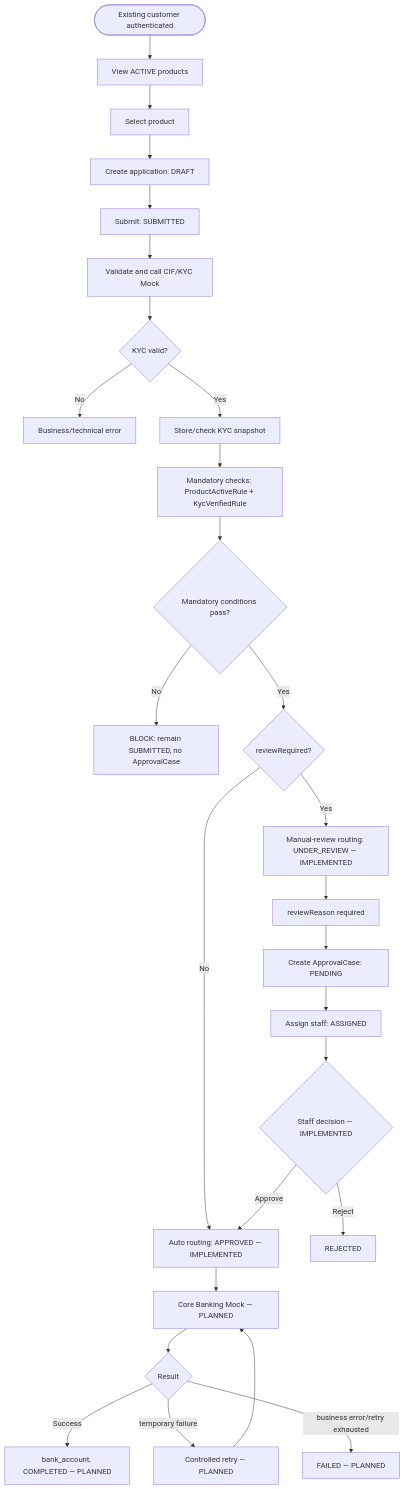
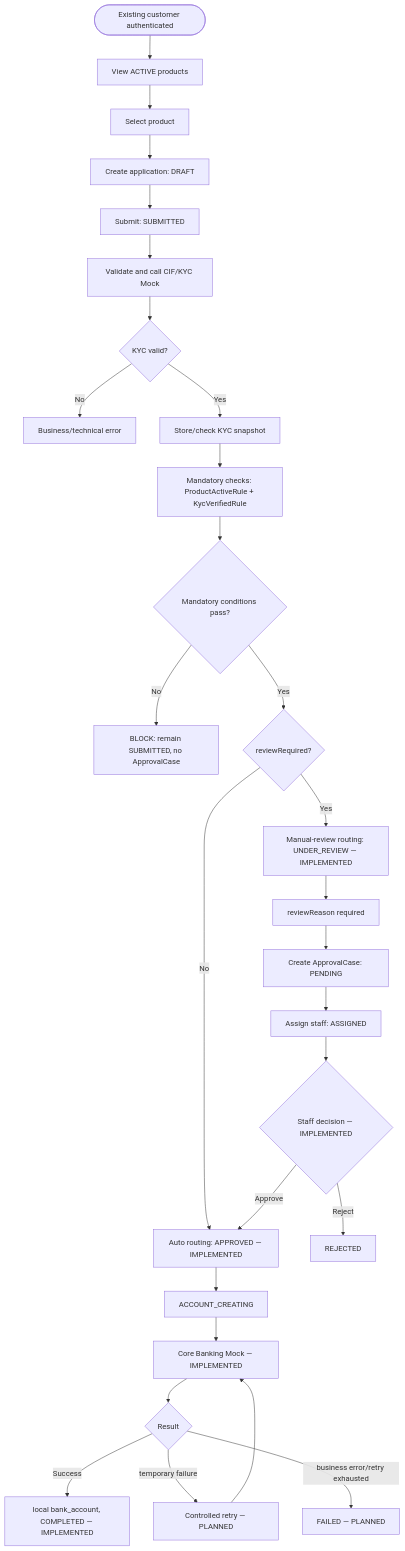
Before and after one commit to Mikokoomi/digital-account-opening: the first of 2 diagrams in docs/workflow-design.md, drawn with Mermaid. The commit also changed other lines of this file and 30 other files, not shown here.

Commit message:
feat: implement core banking account provisioning

````diff
--- a/docs/workflow-design.md
+++ b/docs/workflow-design.md
@@ -9,29 +9,30 @@
 ```mermaid
 flowchart TD
     A([Existing customer authenticated]) --> B[View ACTIVE products]
     B --> C[Select product]
     C --> D[Create application: DRAFT]
     D --> E[Submit: SUBMITTED]
     E --> F[Validate and call CIF/KYC Mock]
     F --> G{KYC valid?}
     G -- No --> X[Business/technical error]
     G -- Yes --> H[Store/check KYC snapshot]
     H --> J[Mandatory checks: ProductActiveRule + KycVerifiedRule]
     J --> K{Mandatory conditions pass?}
     K -- No --> X1[BLOCK: remain SUBMITTED, no ApprovalCase]
     K -- Yes --> RQ{reviewRequired?}
     RQ -- No --> L[Auto routing: APPROVED — IMPLEMENTED]
     RQ -- Yes --> M[Manual-review routing: UNDER_REVIEW — IMPLEMENTED]
     M --> N1[reviewReason required]
     N1 --> C1[Create ApprovalCase: PENDING]
     C1 --> C2[Assign staff: ASSIGNED]
     C2 --> O{Staff decision — IMPLEMENTED}
     O -- Approve --> L
     O -- Reject --> N[REJECTED]
-    L --> P[Core Banking Mock — PLANNED]
+    L --> AC[ACCOUNT_CREATING]
+    AC --> P[Core Banking Mock — IMPLEMENTED]
     P --> Q{Result}
-    Q -- Success --> R[bank_account, COMPLETED — PLANNED]
+    Q -- Success --> R[local bank_account, COMPLETED — IMPLEMENTED]
     Q -- temporary failure --> S[Controlled retry — PLANNED]
     S --> P
     Q -- business error/retry exhausted --> T[FAILED — PLANNED]
 ```
````
